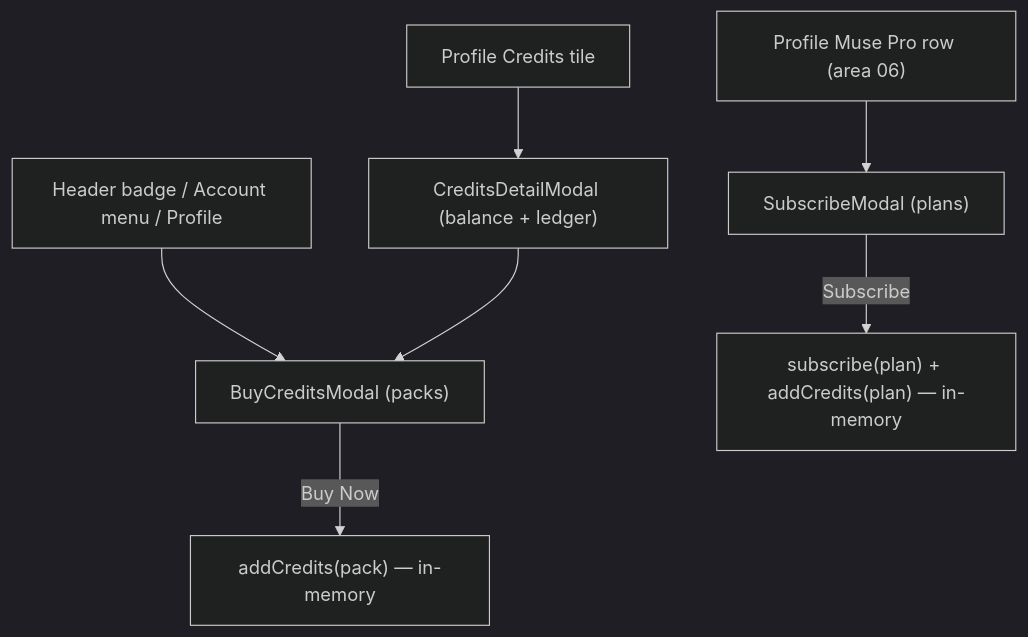
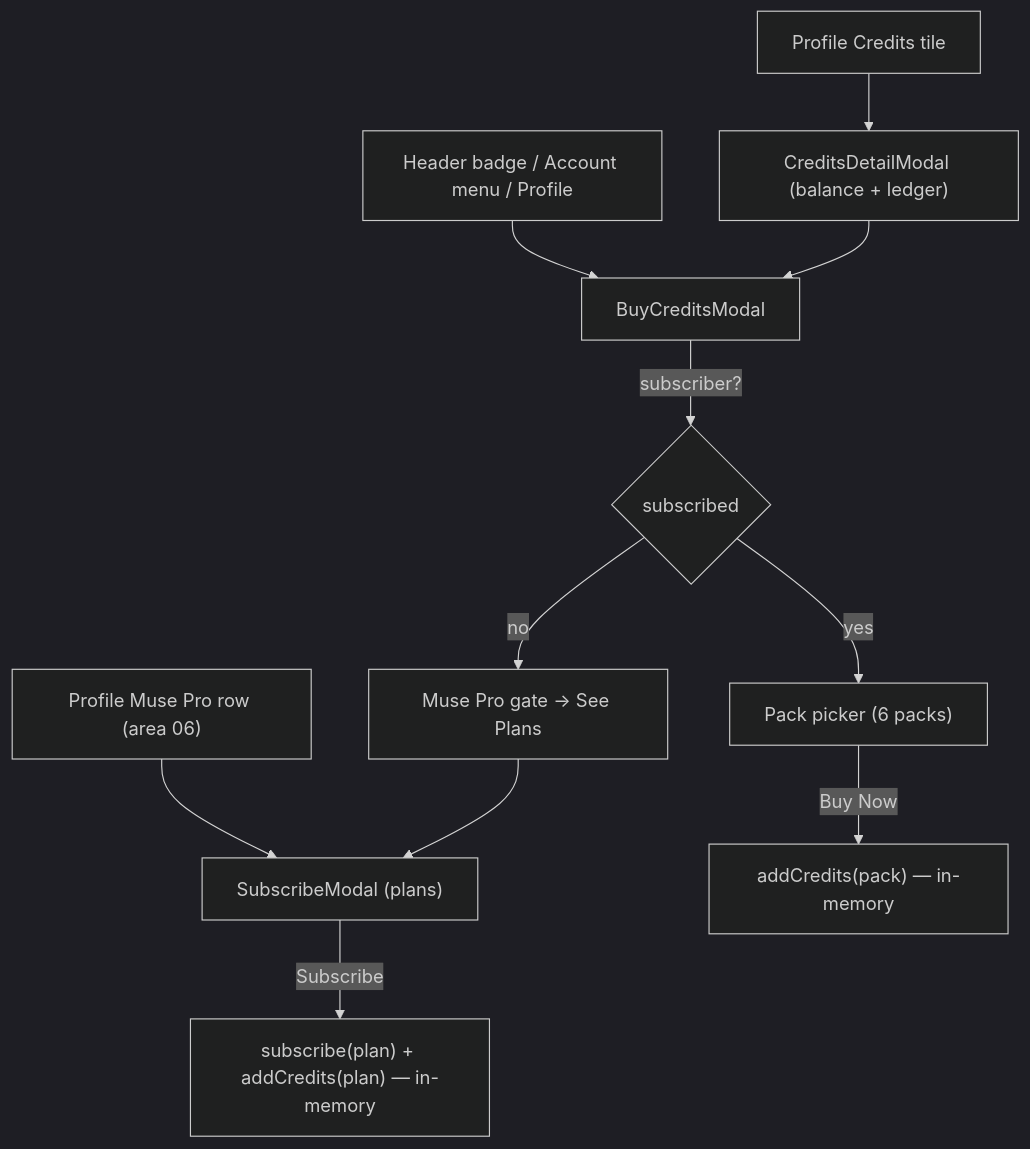
The diagram in web-app/specs/areas/07-credits-iap.md (pft-JasonChen/musemv-ai), drawn with Mermaid (dark theme) before and after one commit. The commit also changed other lines of this file and 25 other files, not shown here.

````diff
--- a/web-app/specs/areas/07-credits-iap.md
+++ b/web-app/specs/areas/07-credits-iap.md
@@ -157,9 +176,12 @@
 ```mermaid
 flowchart TD
-  Badge["Header badge / Account menu / Profile"] --> Buy["BuyCreditsModal (packs)"]
+  Badge["Header badge / Account menu / Profile"] --> Buy["BuyCreditsModal"]
   Profile["Profile Muse Pro row (area 06)"] --> Sub["SubscribeModal (plans)"]
   ProfileCredits["Profile Credits tile"] --> Detail["CreditsDetailModal (balance + ledger)"]
   Detail --> Buy
-  Buy -->|Buy Now| Add["addCredits(pack) — in-memory"]
+  Buy -->|subscriber?| Q{"subscribed"}
+  Q -->|no| Gate["Muse Pro gate → See Plans"] --> Sub
+  Q -->|yes| Packs["Pack picker (6 packs)"]
+  Packs -->|Buy Now| Add["addCredits(pack) — in-memory"]
   Sub -->|Subscribe| Grant["subscribe(plan) + addCredits(plan) — in-memory"]
 ```
````
